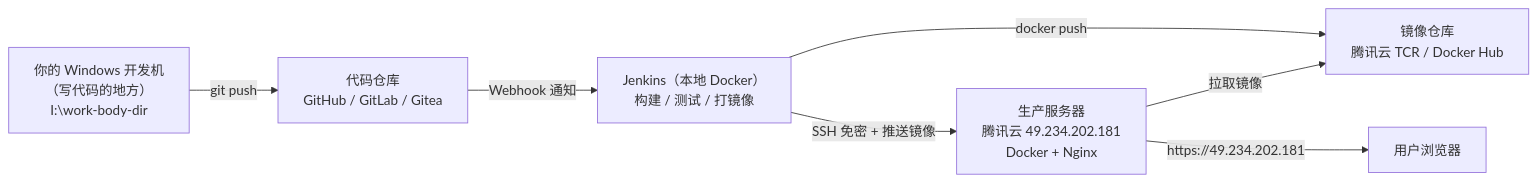
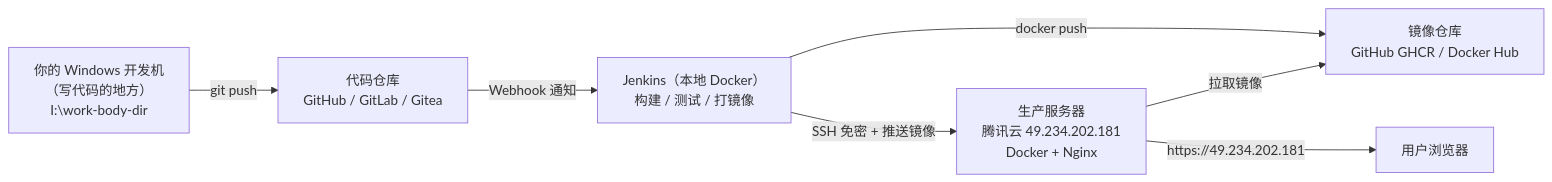
One commit to yuxmgit/cicd-tutorial changed the diagram in docs/00-环境与基本功.md. Above: the diagram before and after it, drawn with Mermaid. The commit also changed 22 other files, not shown here.

````diff
--- a/docs/00-环境与基本功.md
+++ b/docs/00-环境与基本功.md
@@ -46,9 +46,9 @@
 ```mermaid
 flowchart LR
     A["你的 Windows 开发机<br/>（写代码的地方）<br/>I:\work-body-dir"] -->|git push| B["代码仓库<br/>GitHub / GitLab / Gitea"]
     B -->|Webhook 通知| C["Jenkins（本地 Docker）<br/>构建 / 测试 / 打镜像"]
     C -->|SSH 免密 + 推送镜像| D["生产服务器<br/>腾讯云 49.234.202.181<br/>Docker + Nginx"]
-    D -->|拉取镜像| E["镜像仓库<br/>腾讯云 TCR / Docker Hub"]
+    D -->|拉取镜像| E["镜像仓库<br/>GitHub GHCR / Docker Hub"]
     C -->|docker push| E
     D -->|"https://49.234.202.181"| F["用户浏览器"]
 ```
````
